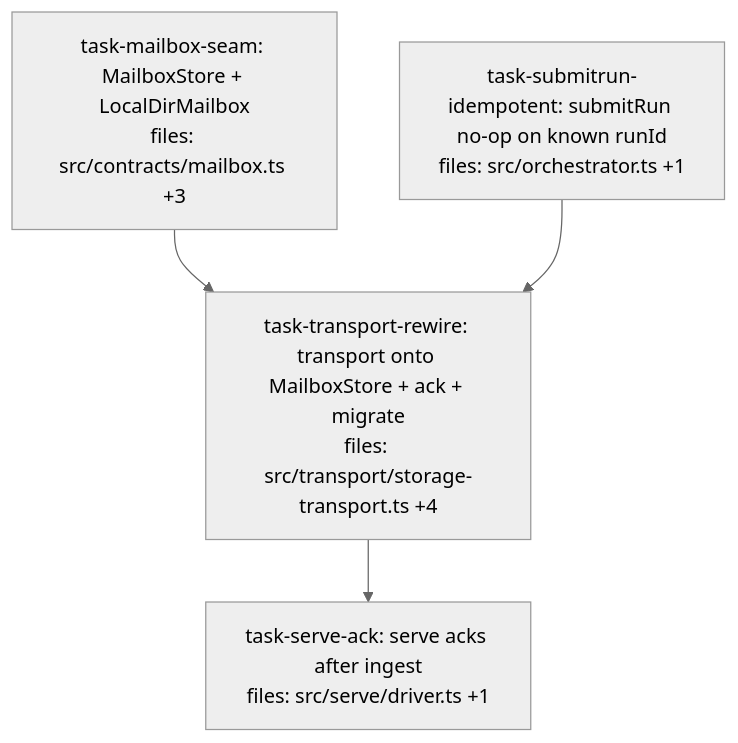
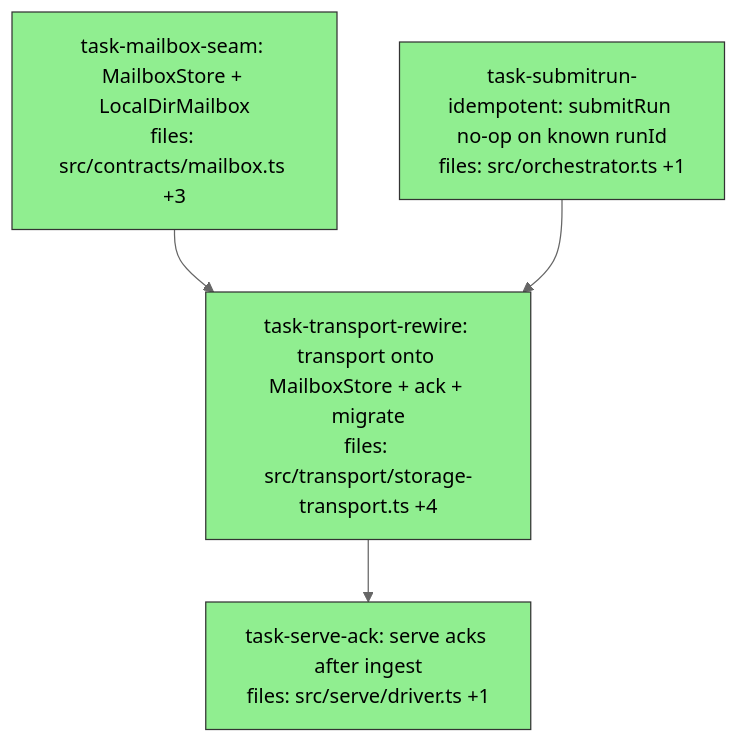
One commit to QuarrySystems/pangolin changed the diagram in docs/superpowers/plans/2026-05-31-agora-offload-mailbox-dag.md. Above: the diagram before and after it, drawn with Mermaid (neutral theme). The commit also changed other lines of this file, not shown here.

Commit message:
chore(plan): mailbox wave complete — seam, LocalDirMailbox, transport rewire, serve ack

````diff
--- a/docs/superpowers/plans/2026-05-31-agora-offload-mailbox-dag.md
+++ b/docs/superpowers/plans/2026-05-31-agora-offload-mailbox-dag.md
@@ -6,17 +6,17 @@
 ```mermaid
 flowchart TD
-    task-mailbox-seam["task-mailbox-seam: MailboxStore + LocalDirMailbox<br/>files: src/contracts/mailbox.ts +3"]
-    task-submitrun-idempotent["task-submitrun-idempotent: submitRun no-op on known runId<br/>files: src/orchestrator.ts +1"]
-    task-transport-rewire["task-transport-rewire: transport onto MailboxStore + ack + migrate<br/>files: src/transport/storage-transport.ts +4"]
-    task-serve-ack["task-serve-ack: serve acks after ingest<br/>files: src/serve/driver.ts +1"]
+    task-mailbox-seam["task-mailbox-seam: MailboxStore + LocalDirMailbox<br/>files: src/contracts/mailbox.ts +3"]:::done
+    task-submitrun-idempotent["task-submitrun-idempotent: submitRun no-op on known runId<br/>files: src/orchestrator.ts +1"]:::done
+    task-transport-rewire["task-transport-rewire: transport onto MailboxStore + ack + migrate<br/>files: src/transport/storage-transport.ts +4"]:::done
+    task-serve-ack["task-serve-ack: serve acks after ingest<br/>files: src/serve/driver.ts +1"]:::done
 
     task-mailbox-seam --> task-transport-rewire
     task-submitrun-idempotent --> task-transport-rewire
     task-transport-rewire --> task-serve-ack
 
     classDef done fill:#90ee90,stroke:#333
     classDef ready fill:#fffacd,stroke:#333
     classDef running fill:#87ceeb,stroke:#333
     classDef failed fill:#ffb6c1,stroke:#333
     classDef skipped fill:#d3d3d3,stroke:#333,stroke-dasharray: 5 5
 ```
````
